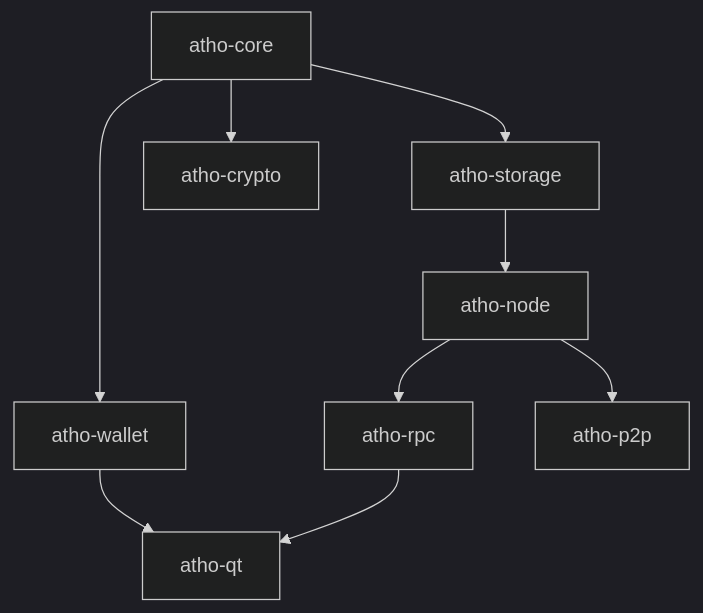
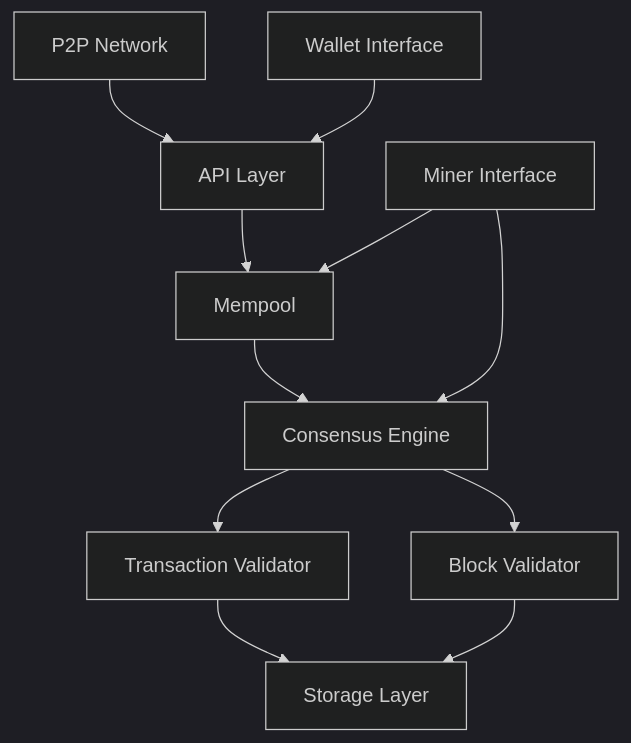
One commit to Atho-Labs/Atho-Testnet changed the second of 11 diagrams in docs/whitepaper/atho-whitepaper-apa.md. Above: the diagram before and after it, drawn with Mermaid (dark theme). The commit also changed other lines of this file and 29 other files, not shown here.

````diff
--- a/docs/whitepaper/atho-whitepaper-apa.md
+++ b/docs/whitepaper/atho-whitepaper-apa.md
@@ -30,11 +767,13 @@
 ```mermaid
 flowchart TD
-    CORE[atho-core] --> STORE[atho-storage]
-    CORE --> CRYPTO[atho-crypto]
-    STORE --> NODE[atho-node]
-    CORE --> WALLET[atho-wallet]
-    NODE --> RPC[atho-rpc]
-    WALLET --> QT[atho-qt]
-    RPC --> QT
-    NODE --> P2P[atho-p2p]
+    P2P[P2P Network] --> API[API Layer]
+    API --> MEM[Mempool]
+    MEM --> CONS[Consensus Engine]
+    CONS --> TXV[Transaction Validator]
+    CONS --> BLKV[Block Validator]
+    TXV --> STORE[Storage Layer]
+    BLKV --> STORE
+    WALLET[Wallet Interface] --> API
+    MINER[Miner Interface] --> MEM
+    MINER --> CONS
 ```
````
